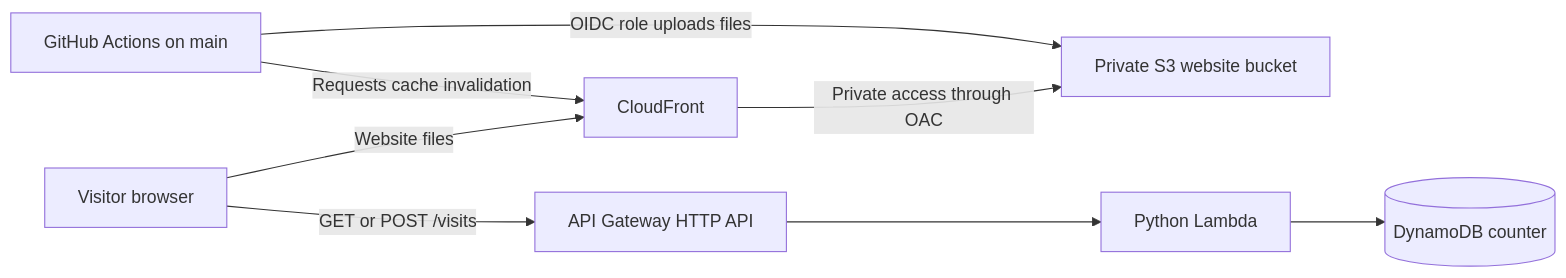
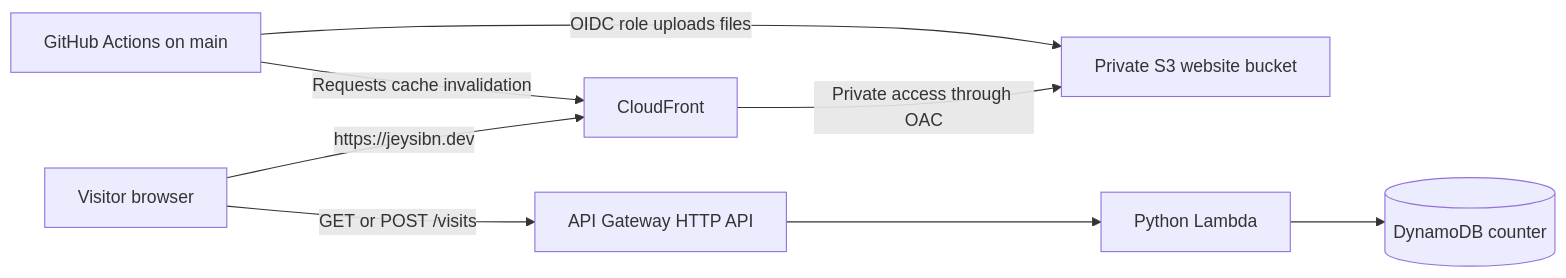
The diagram in docs/architecture.md (Jeysibn/cloud-resume-challenge), drawn with Mermaid before and after one commit. The commit also changed other lines of this file and 8 other files, not shown here.

````diff
--- a/docs/architecture.md
+++ b/docs/architecture.md
@@ -7,18 +7,18 @@
 ```mermaid
 flowchart LR
     B[Visitor browser]
     CF[CloudFront]
     S3[Private S3 website bucket]
     API[API Gateway HTTP API]
     L[Python Lambda]
     DB[(DynamoDB counter)]
     GH[GitHub Actions on main]
 
-    B -->|Website files| CF
+    B -->|https://jeysibn.dev| CF
     CF -->|Private access through OAC| S3
     B -->|GET or POST /visits| API
     API --> L
     L --> DB
     GH -->|OIDC role uploads files| S3
     GH -->|Requests cache invalidation| CF
 ```
````
